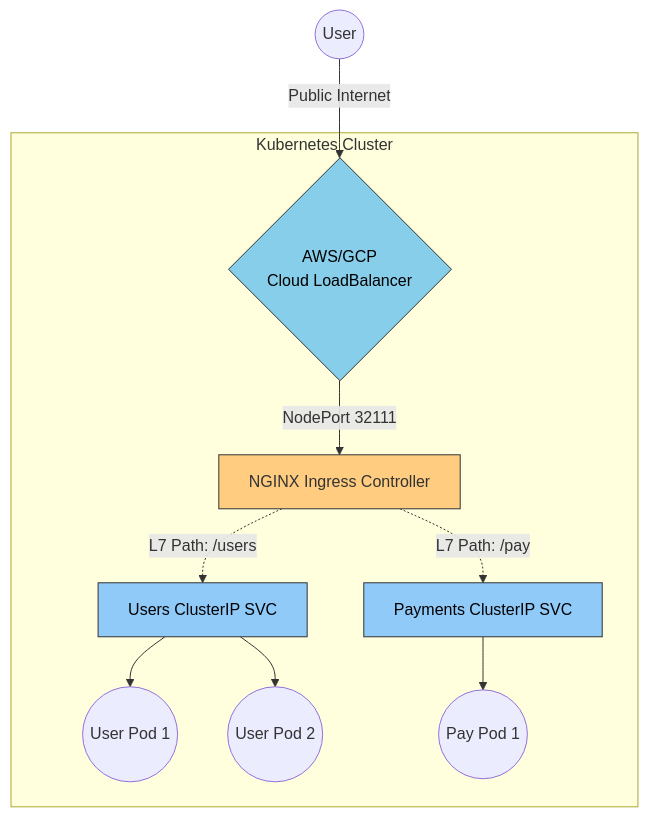
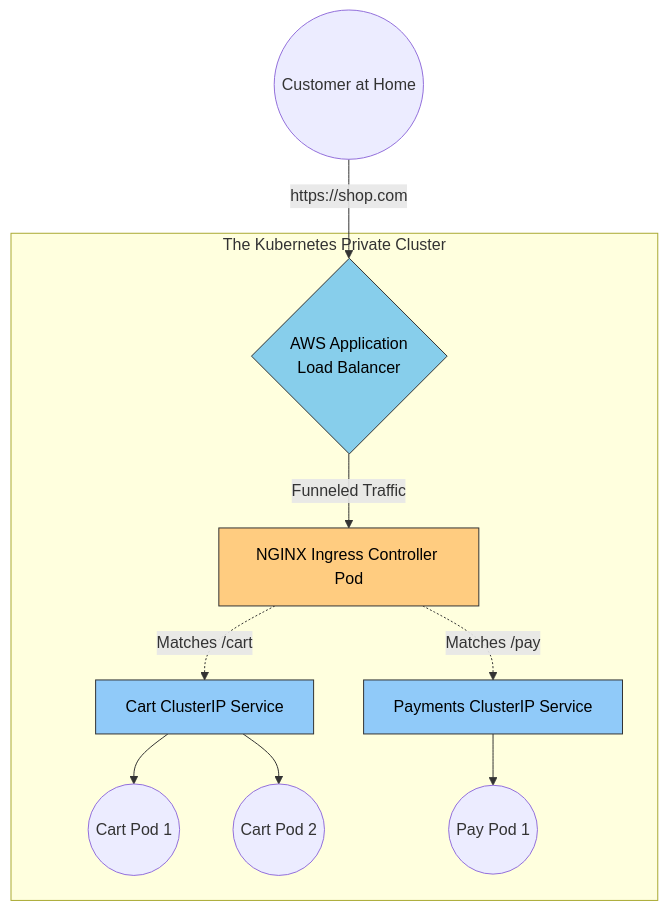
One commit to MohdMusaiyab/system-design changed the diagram in Load-Balancing/31_Kubernetes_Load_Balancing.md. Above: the diagram before and after it, drawn with Mermaid. The commit also changed other lines of this file and 35 other files, not shown here.

````diff
--- a/Load-Balancing/31_Kubernetes_Load_Balancing.md
+++ b/Load-Balancing/31_Kubernetes_Load_Balancing.md
@@ -38,21 +54,21 @@
 ```mermaid
 flowchart TD
-    Client((User)) -->|Public Internet| PublicLB{AWS/GCP\nCloud LoadBalancer}
+    Client((Customer at Home)) -->|https://shop.com| CloudLB{AWS Application\nLoad Balancer}
     
-    subgraph Kubernetes Cluster
-    PublicLB -->|NodePort 32111| Ingress[NGINX Ingress Controller]
+    subgraph The Kubernetes Private Cluster
+    CloudLB -->|Funneled Traffic| Ingress[NGINX Ingress Controller Pod]
     
-    Ingress -.->|L7 Path: /users| UsersSVC[Users ClusterIP SVC]
-    Ingress -.->|L7 Path: /pay| PaySVC[Payments ClusterIP SVC]
+    Ingress -.->|Matches /cart| CartSVC[Cart ClusterIP Service]
+    Ingress -.->|Matches /pay| PaySVC[Payments ClusterIP Service]
     
-    UsersSVC --> U_Pod1((User Pod 1))
-    UsersSVC --> U_Pod2((User Pod 2))
+    CartSVC --> C_Pod1((Cart Pod 1))
+    CartSVC --> C_Pod2((Cart Pod 2))
     
     PaySVC --> P_Pod1((Pay Pod 1))
     end
     
-    style PublicLB fill:#87CEEB,stroke:#333,color:#000
-    style Ingress fill:#ffcc80,stroke:#333
-    style UsersSVC fill:#90caf9,stroke:#333,color:#000
+    style CloudLB fill:#87CEEB,stroke:#333,color:#000
+    style Ingress fill:#ffcc80,stroke:#333,color:#000
+    style CartSVC fill:#90caf9,stroke:#333,color:#000
     style PaySVC fill:#90caf9,stroke:#333,color:#000
 ```
````
